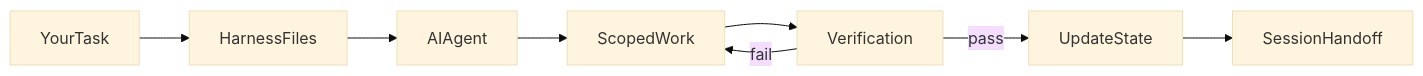
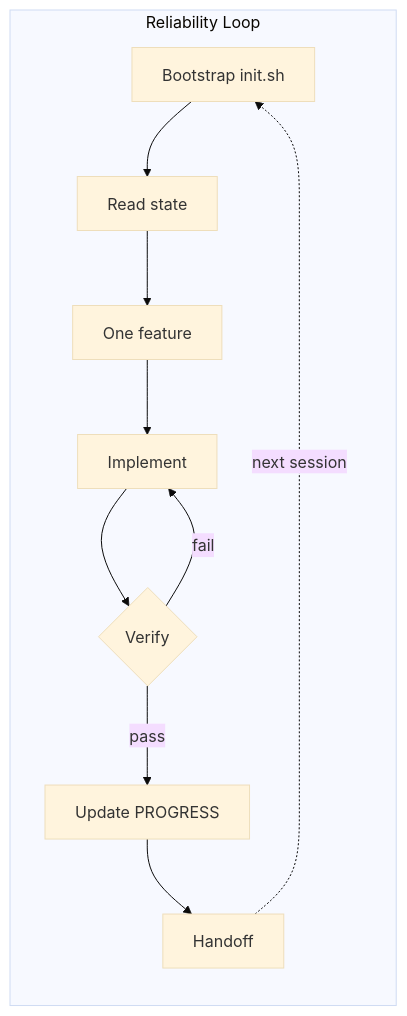
The diagram in docs/index.md (Dharmik2510/agent-harness-blueprint), drawn with Mermaid (base theme) before and after one commit. The commit also changed other lines of this file and 9 other files, not shown here.

````diff
--- a/docs/index.md
+++ b/docs/index.md
@@ -13,10 +85,13 @@
 ```mermaid
 flowchart LR
-    task[YourTask] --> harness[HarnessFiles]
-    harness --> agent[AIAgent]
-    agent --> work[ScopedWork]
-    work --> verify[Verification]
-    verify -->|pass| state[UpdateState]
-    verify -->|fail| work
-    state --> handoff[SessionHandoff]
+    subgraph loop [Reliability Loop]
+        A[Bootstrap init.sh] --> B[Read state]
+        B --> C[One feature]
+        C --> D[Implement]
+        D --> E{Verify}
+        E -->|fail| D
+        E -->|pass| F[Update PROGRESS]
+        F --> G[Handoff]
+    end
+    G -.->|next session| A
 ```
````
